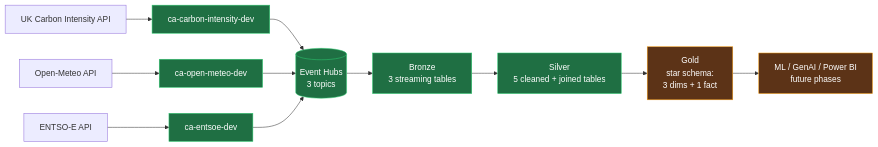
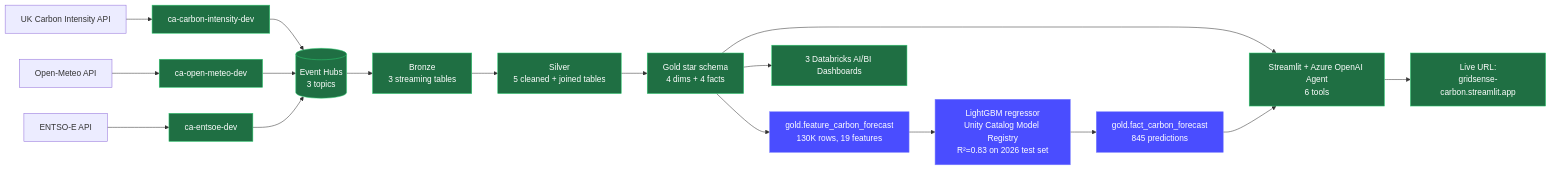
Before and after one commit to demonjd2026-afk/gridsense: the diagram in docs/architecture.md, drawn with Mermaid. The commit also changed 1 other file, not shown here.

Commit message:
docs(diagrams): update Mermaid diagrams to reflect Phase 8 done state

````diff
--- a/docs/architecture.md
+++ b/docs/architecture.md
@@ -13,18 +13,24 @@
 ```mermaid
 flowchart LR
     A1[UK Carbon Intensity API] --> P1[ca-carbon-intensity-dev]
     A2[Open-Meteo API] --> P2[ca-open-meteo-dev]
     A3[ENTSO-E API] --> P3[ca-entsoe-dev]
     P1 --> EH[(Event Hubs<br/>3 topics)]
     P2 --> EH
     P3 --> EH
     EH --> B[Bronze<br/>3 streaming tables]
     B --> S[Silver<br/>5 cleaned + joined tables]
-    S --> G[Gold<br/>star schema:<br/>3 dims + 1 fact]
-    G --> CONS[ML / GenAI / Power BI<br/>future phases]
+    S --> G[Gold star schema<br/>4 dims + 4 facts]
+    G --> FEAT[gold.feature_carbon_forecast<br/>130K rows, 19 features]
+    FEAT --> LGB[LightGBM regressor<br/>Unity Catalog Model Registry<br/>R²=0.83 on 2026 test set]
+    LGB --> FCAST[gold.fact_carbon_forecast<br/>845 predictions]
+    G --> DASH[3 Databricks AI/BI Dashboards]
+    G --> AGENT[Streamlit + Azure OpenAI Agent<br/>6 tools]
+    FCAST --> AGENT
+    AGENT --> URL[Live URL:<br/>gridsense-carbon.streamlit.app]
 
     classDef done fill:#1f6f43,stroke:#2ecc71,color:#fff
-    classDef wip fill:#5c3317,stroke:#f39c12,color:#fff
-    class P1,P2,P3,EH,B,S done
-    class G,CONS wip
+    classDef ml fill:#4a4dff,stroke:#7e80ff,color:#fff
+    class P1,P2,P3,EH,B,S,G,DASH,AGENT,URL done
+    class FEAT,LGB,FCAST ml
 ```
````
